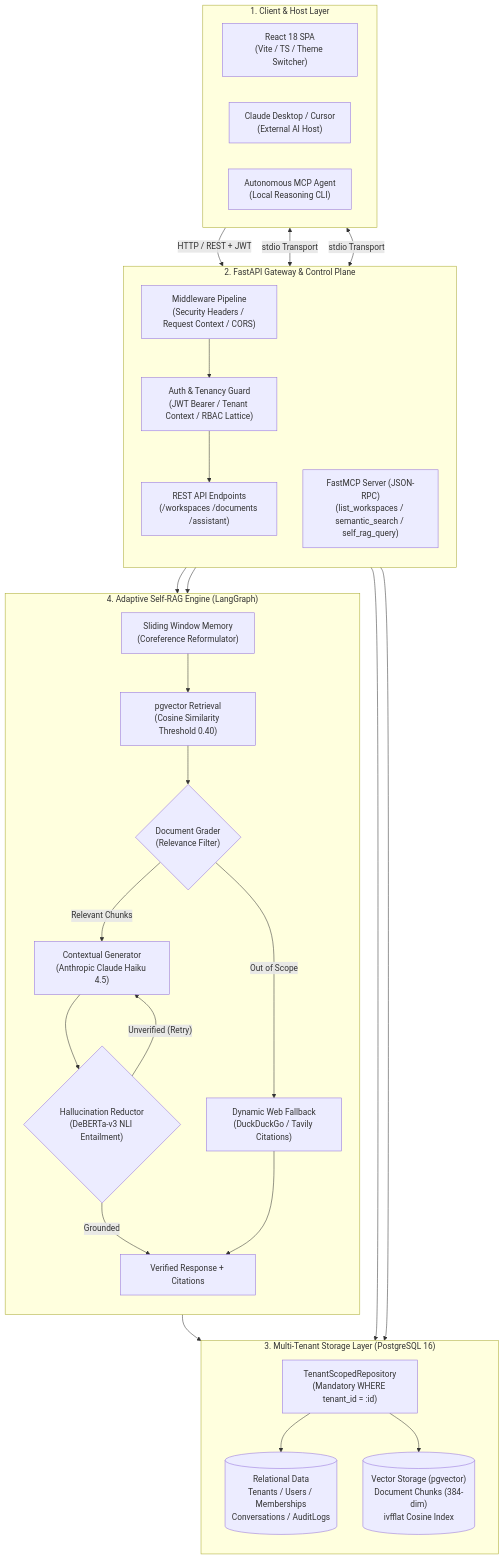
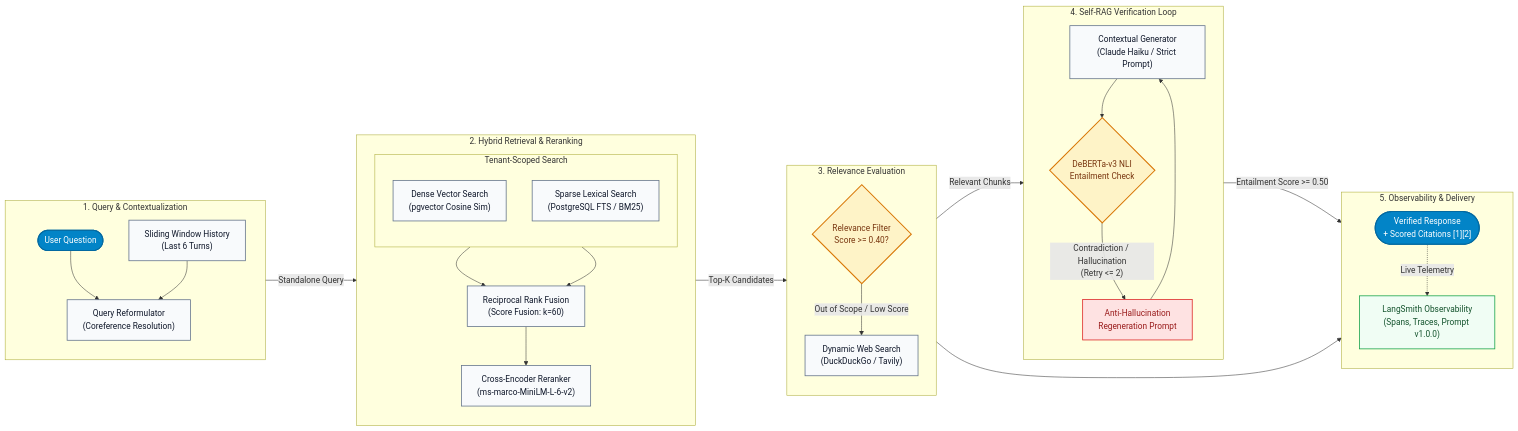
The first of 2 diagrams in README.md (Devisri-B/Multi-Tenant-SaaS-Platform-with-an-AI-Product-Assistant), drawn with Mermaid before and after one commit. The commit also changed other lines of this file and 5 other files, not shown here.

Commit message:
web search refined

````diff
--- a/README.md
+++ b/README.md
@@ -16,64 +16,73 @@
 ```mermaid
-flowchart TB
-    subgraph Clients ["1. Client & Host Layer"]
-        direction LR
-        SPA["React 18 SPA<br/>(Vite / TS / Theme Switcher)"]
-        IDE["Claude Desktop / Cursor<br/>(External AI Host)"]
-        AgentCLI["Autonomous MCP Agent<br/>(Local Reasoning CLI)"]
+flowchart LR
+    %% Adaptive Self-RAG Architecture (Landscape View)
+
+    subgraph InputStage ["1. Query & Contextualization"]
+        direction TB
+        UserQuery(["User Question"])
+        Memory["Sliding Window History<br/>(Last 6 Turns)"]
+        Rewrite["Query Reformulator<br/>(Coreference Resolution)"]
+        UserQuery --> Rewrite
+        Memory --> Rewrite
     end
 
-    subgraph Gateway ["2. FastAPI Gateway & Control Plane"]
+    subgraph RetrievalStage ["2. Hybrid Retrieval & Reranking"]
         direction TB
-        MW["Middleware Pipeline<br/>(Security Headers / Request Context / CORS)"]
-        AuthTenancy["Auth & Tenancy Guard<br/>(JWT Bearer / Tenant Context / RBAC Lattice)"]
-        REST["REST API Endpoints<br/>(/workspaces /documents /assistant)"]
-        FastMCP["FastMCP Server (JSON-RPC)<br/>(list_workspaces / semantic_search / self_rag_query)"]
+        subgraph ConcurrentRetrieval ["Tenant-Scoped Search"]
+            direction TB
+            DenseSearch["Dense Vector Search<br/>(pgvector Cosine Sim)"]
+            SparseSearch["Sparse Lexical Search<br/>(PostgreSQL FTS / BM25)"]
+        end
+        RRF["Reciprocal Rank Fusion<br/>(Score Fusion: k=60)"]
+        Reranker["Cross-Encoder Reranker<br/>(ms-marco-MiniLM-L-6-v2)"]
+        
+        DenseSearch --> RRF
+        SparseSearch --> RRF
+        RRF --> Reranker
     end
 
-    subgraph DataPlane ["3. Multi-Tenant Storage Layer (PostgreSQL 16)"]
+    subgraph RoutingStage ["3. Relevance Evaluation"]
         direction TB
-        Repo["TenantScopedRepository<br/>(Mandatory WHERE tenant_id = :id)"]
-        RelationalDB[("Relational Data<br/>Tenants / Users / Memberships<br/>Conversations / AuditLogs")]
-        PGVectorDB[("Vector Storage (pgvector)<br/>Document Chunks (384-dim)<br/>ivfflat Cosine Index")]
+        DocGrader{"Relevance Filter<br/>Score >= 0.40?"}
+        WebSearch["Dynamic Web Search<br/>(DuckDuckGo / Tavily)"]
     end
 
-    subgraph RAGWorkflow ["4. Adaptive Self-RAG Engine (LangGraph)"]
+    subgraph GenerationStage ["4. Self-RAG Verification Loop"]
         direction TB
-        Memory["Sliding Window Memory<br/>(Coreference Reformulator)"]
-        Retriever["pgvector Retrieval<br/>(Cosine Similarity Threshold 0.40)"]
-        DocGrader{"Document Grader<br/>(Relevance Filter)"}
-        Generator["Contextual Generator<br/>(Anthropic Claude Haiku 4.5)"]
-        HallucinationGrader{"Hallucination Reductor<br/>(DeBERTa-v3 NLI Entailment)"}
-        WebSearch["Dynamic Web Fallback<br/>(DuckDuckGo / Tavily Citations)"]
-        FinalAnswer["Verified Response + Citations"]
+        Generator["Contextual Generator<br/>(Claude Haiku / Strict Prompt)"]
+        NLIEval{"DeBERTa-v3 NLI<br/>Entailment Check"}
+        StrictRetry["Anti-Hallucination<br/>Regeneration Prompt"]
+        
+        Generator --> NLIEval
+        NLIEval -- "Contradiction / Hallucination<br/>(Retry <= 2)" --> StrictRetry
+        StrictRetry --> Generator
     end
 
-    %% Client Connections
-    SPA -->|"HTTP / REST + JWT"| MW
-    IDE <-->|"stdio Transport"| FastMCP
-    AgentCLI <-->|"stdio Transport"| FastMCP
+    subgraph OutputStage ["5. Observability & Delivery"]
+        direction TB
+        FinalAnswer(["Verified Response<br/>+ Scored Citations [1][2]"])
+        Telemetry["LangSmith Observability<br/>(Spans, Traces, Prompt v1.0.0)"]
+    end
 
-    %% Gateway Pipeline
-    MW --> AuthTenancy
-    AuthTenancy --> REST
+    %% Cross-stage transitions (Left to Right)
+    Rewrite -->|"Standalone Query"| ConcurrentRetrieval
+    Reranker -->|"Top-K Candidates"| DocGrader
+    DocGrader -- "Relevant Chunks" --> Generator
+    DocGrader -- "Out of Scope / Low Score" --> WebSearch
+    WebSearch --> FinalAnswer
+    NLIEval -- "Entailment Score >= 0.50" --> FinalAnswer
+    FinalAnswer -. "Live Telemetry" .-> Telemetry
 
-    %% Gateway to Storage & RAG
-    REST --> Repo
-    FastMCP --> Repo
-    FastMCP --> RAGWorkflow
-    REST --> RAGWorkflow
+    %% Styling
+    classDef startEnd fill:#0284c7,stroke:#0369a1,color:#ffffff,stroke-width:2px;
+    classDef step fill:#f8fafc,stroke:#64748b,color:#0f172a,stroke-width:1.5px;
+    classDef decision fill:#fef3c7,stroke:#d97706,color:#78350f,stroke-width:2px;
+    classDef retry fill:#fee2e2,stroke:#dc2626,color:#991b1b,stroke-width:1.5px;
+    classDef obs fill:#f0fdf4,stroke:#16a34a,color:#14532d,stroke-width:1.5px;
 
-    Repo --> RelationalDB
-    Repo --> PGVectorDB
-
-    %% RAG Workflow Steps
-    RAGWorkflow --> PGVectorDB
-    Memory --> Retriever
-    Retriever --> DocGrader
-    DocGrader -->|"Relevant Chunks"| Generator
-    DocGrader -->|"Out of Scope"| WebSearch
-    Generator --> HallucinationGrader
-    HallucinationGrader -->|"Grounded"| FinalAnswer
-    HallucinationGrader -->|"Unverified (Retry)"| Generator
-    WebSearch --> FinalAnswer
+    class UserQuery,FinalAnswer startEnd;
+    class Memory,Rewrite,DenseSearch,SparseSearch,RRF,Reranker,Generator,WebSearch step;
+    class DocGrader,NLIEval decision;
+    class StrictRetry retry;
+    class Telemetry obs;
 ```
````
